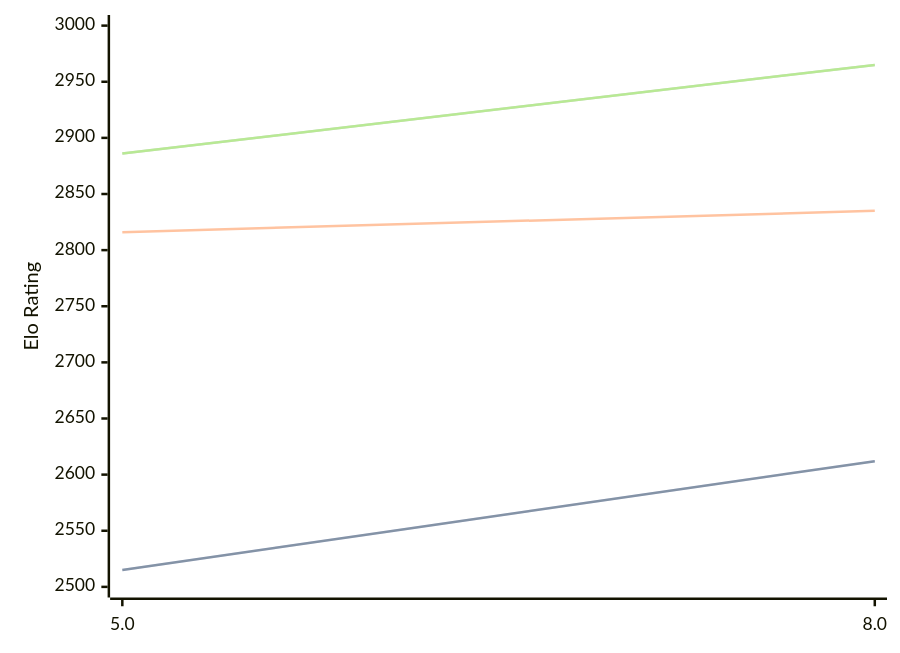
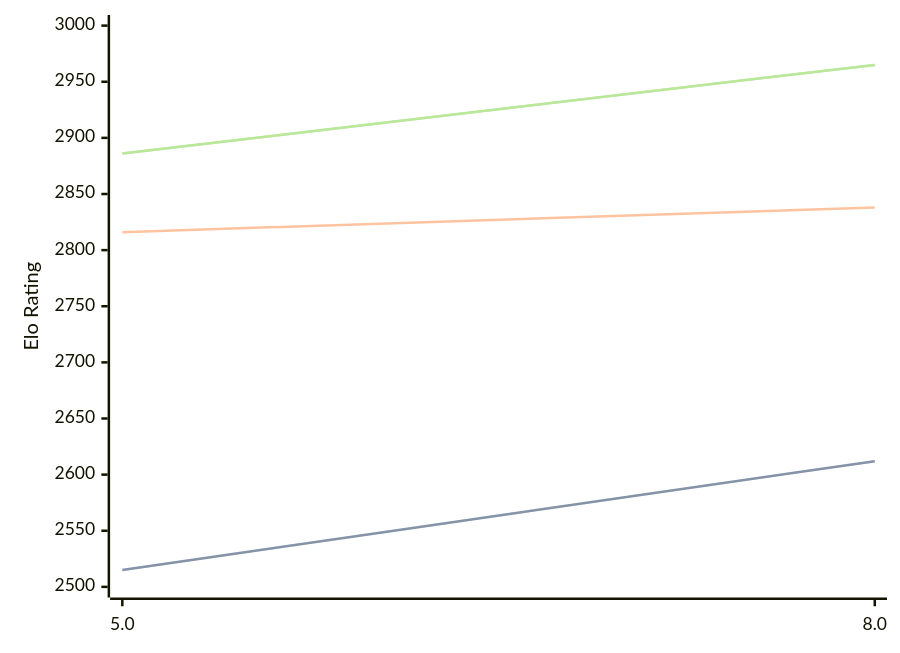
The diagram in engines/4kc.md (computer-chess-index/cci), drawn with Mermaid before and after one commit. The commit also changed other lines of this file, not shown here.

````diff
--- a/engines/4kc.md
+++ b/engines/4kc.md
@@ -41,11 +41,11 @@
 ```mermaid
 %%{init: {"theme":"base","themeVariables":{"seriesColors:['#a3a3a3','#222221','#faa371']}}}%%
 xychart-beta
   x-axis ["5.0", "8.0"]
   y-axis "Elo Rating" 2500 --> 3000
   line "STC (8.0+0.08s)" [2515, 2612]
   line "STC (8.0+0.08s)" [2515, 2612]
-  line "LTC (60.0+0.60s)" [2816, 2835]
+  line "LTC (60.0+0.60s)" [2816, 2838]
   line "VLTC (2m24s+1.12s)" [2886, 2965]
   line "VLTC (2m24s+1.12s)" [2886, 2965]
 ```
````
